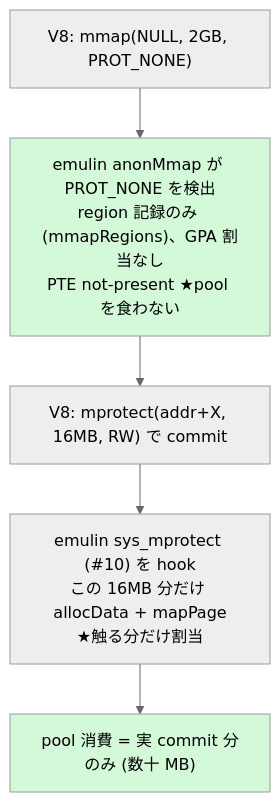
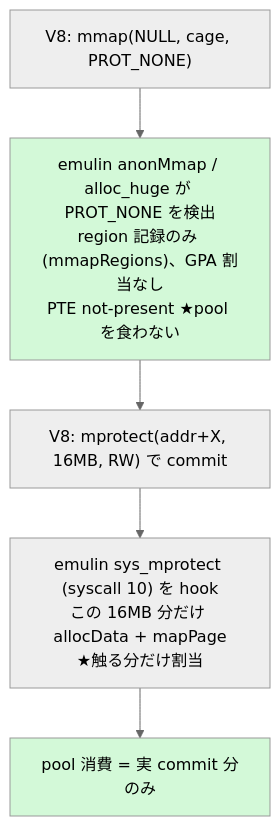
One commit to kiyoka/Emulin changed the third of 6 diagrams in docs/issue392-mmap-demand-paging-design.md. Above: the diagram before and after it, drawn with Mermaid (neutral theme). The commit also changed other lines of this file, not shown here.

First line of the commit message:
issue #392: 設計書を再構成 (TL;DR/用語節新設 + alloc_huge 経路の正確化 + 冗長削減)

````diff
--- a/docs/issue392-mmap-demand-paging-design.md
+++ b/docs/issue392-mmap-demand-paging-design.md
@@ -73,9 +105,9 @@
 ```mermaid
 flowchart TD
-  M["V8: mmap(NULL, 2GB, PROT_NONE)"] --> A1["emulin anonMmap が PROT_NONE を検出<br/>region 記録のみ (mmapRegions)、GPA 割当なし<br/>PTE not-present ★pool を食わない"]
+  M["V8: mmap(NULL, cage, PROT_NONE)"] --> A1["emulin anonMmap / alloc_huge が PROT_NONE を検出<br/>region 記録のみ (mmapRegions)、GPA 割当なし<br/>PTE not-present ★pool を食わない"]
   A1 --> MP["V8: mprotect(addr+X, 16MB, RW) で commit"]
-  MP --> A2["emulin sys_mprotect (#10) を hook<br/>この 16MB 分だけ allocData + mapPage<br/>★触る分だけ割当"]
-  A2 --> OK["pool 消費 = 実 commit 分のみ (数十 MB)"]
+  MP --> A2["emulin sys_mprotect (syscall 10) を hook<br/>この 16MB 分だけ allocData + mapPage<br/>★触る分だけ割当"]
+  A2 --> OK["pool 消費 = 実 commit 分のみ"]
   style A1 fill:#d3f9d8
   style OK fill:#d3f9d8
 ```
````
